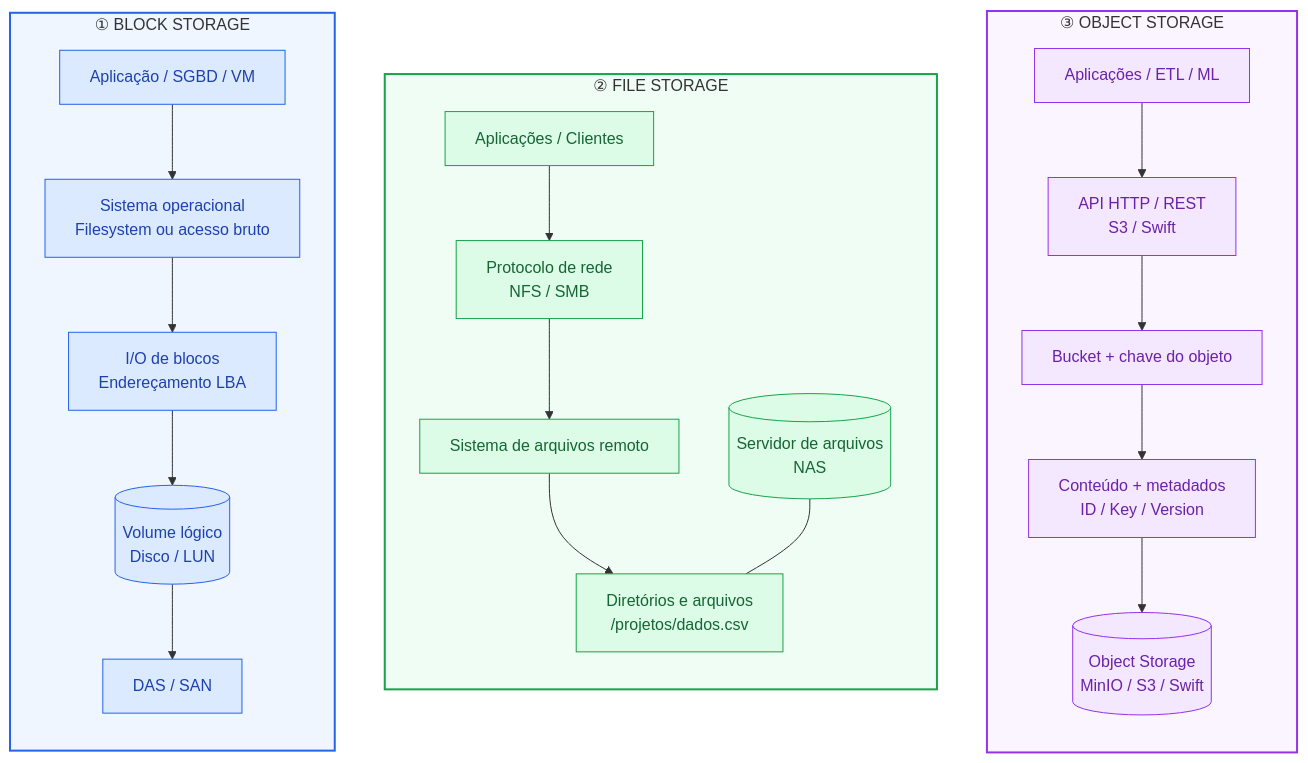
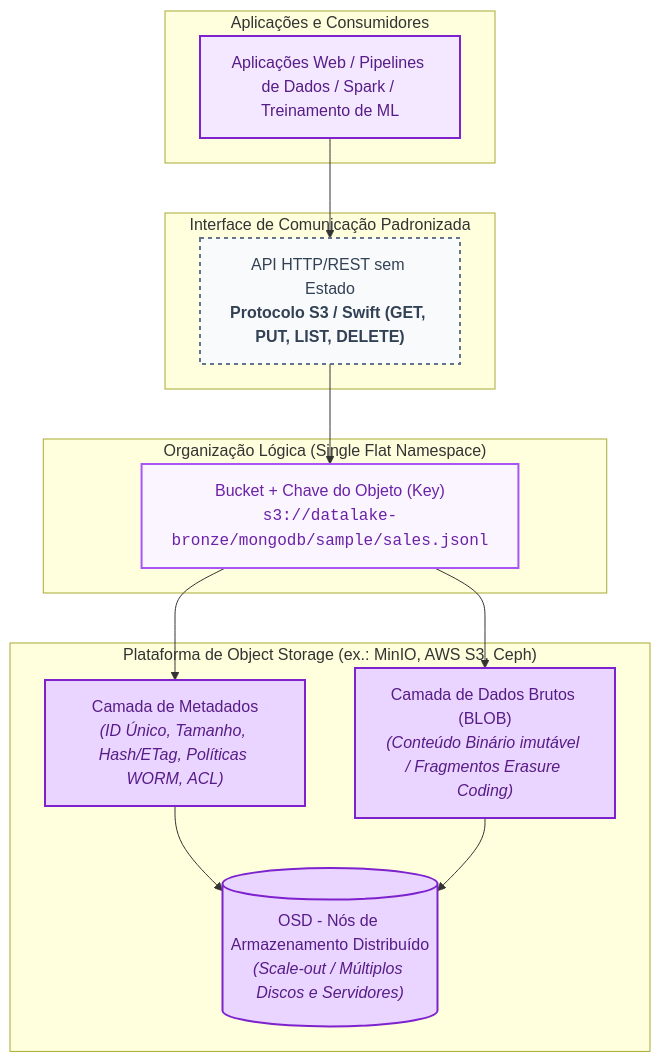
One commit to klaytoncastro/idp-bigdata changed the fourth of 5 diagrams in minio/README.md. Above: the diagram before and after it, drawn with Mermaid. The commit also changed other lines of this file, not shown here.

Commit message:
Update README.md
Updated diagrams and descriptions for storage models in README.

````diff
--- a/minio/README.md
+++ b/minio/README.md
@@ -76,51 +146,37 @@
 ```mermaid
-flowchart LR
-    subgraph BLOCK["① BLOCK STORAGE"]
-        direction TB
-        B1["Aplicação / SGBD / VM"]
-        B2["Sistema operacional<br/>Filesystem ou acesso bruto"]
-        B3["I/O de blocos<br/>Endereçamento LBA"]
-        B4[("Volume lógico<br/>Disco / LUN")]
-        B5["DAS / SAN"]
-
-        B1 --> B2 --> B3 --> B4 --> B5
+flowchart TB
+    subgraph CLIENT_TIER ["Aplicações e Consumidores"]
+        A["Aplicações Web / Pipelines de Dados / Spark / Treinamento de ML"]
     end
 
-    subgraph FILE["② FILE STORAGE"]
-        direction TB
-        F1["Aplicações / Clientes"]
-        F2["Protocolo de rede<br/>NFS / SMB"]
-        F3["Sistema de arquivos remoto"]
-        F4["Diretórios e arquivos<br/>/projetos/dados.csv"]
-        F5[("Servidor de arquivos<br/>NAS")]
-
-        F1 --> F2 --> F3 --> F4
-        F5 --- F4
+    subgraph API_TIER ["Interface de Comunicação Padronizada"]
+        B["API HTTP/REST sem Estado<br/><b>Protocolo S3 / Swift (GET, PUT, LIST, DELETE)</b>"]
+        A --> B
     end
 
-    subgraph OBJECT["③ OBJECT STORAGE"]
-        direction TB
-        O1["Aplicações / ETL / ML"]
-        O2["API HTTP / REST<br/>S3 / Swift"]
-        O3["Bucket + chave do objeto"]
-        O4["Conteúdo + metadados<br/>ID / Key / Version"]
-        O5[("Object Storage<br/>MinIO / S3 / Swift")]
-
-        O1 --> O2 --> O3 --> O4 --> O5
+    subgraph NAMESPACE_TIER ["Organização Lógica (Single Flat Namespace)"]
+        C["Bucket + Chave do Objeto (Key)<br/><code>s3://datalake-bronze/mongodb/sample/sales.jsonl</code>"]
+        B --> C
     end
 
-    B1 ~~~ F1
-    F1 ~~~ O1
+    subgraph CORE_TIER ["Plataforma de Object Storage (ex.: MinIO, AWS S3, Ceph)"]
+        D["Camada de Metadados<br/><i>(ID Único, Tamanho, Hash/ETag, Políticas WORM, ACL)</i>"]
+        E["Camada de Dados Brutos (BLOB)<br/><i>(Conteúdo Binário imutável / Fragmentos Erasure Coding)</i>"]
+        F[("OSD - Nós de Armazenamento Distribuído<br/><i>(Scale-out / Múltiplos Discos e Servidores)</i>")]
+        
+        C --> D
+        C --> E
+        D --> F
+        E --> F
+    end
 
-    classDef block fill:#dbeafe,stroke:#2563eb,color:#1e40af
-    classDef file fill:#dcfce7,stroke:#16a34a,color:#166534
-    classDef object fill:#f3e8ff,stroke:#9333ea,color:#6b21a8
+    classDef objApp fill:#f3e8ff,stroke:#7e22ce,stroke-width:2px,color:#581c87
+    classDef objNet fill:#f8fafc,stroke:#64748b,stroke-width:2px,stroke-dasharray: 4 4,color:#334155
+    classDef objName fill:#faf5ff,stroke:#a855f7,stroke-width:2px,color:#6b21a8
+    classDef objCore fill:#e9d5ff,stroke:#7e22ce,stroke-width:2px,color:#581c87
 
-    class B1,B2,B3,B4,B5 block
-    class F1,F2,F3,F4,F5 file
-    class O1,O2,O3,O4,O5 object
-
-    style BLOCK fill:#eff6ff,stroke:#2563eb,stroke-width:2px
-    style FILE fill:#f0fdf4,stroke:#16a34a,stroke-width:2px
-    style OBJECT fill:#faf5ff,stroke:#9333ea,stroke-width:2px
+    class A objApp
+    class B objNet
+    class C objName
+    class D,E,F objCore
 ```
````
